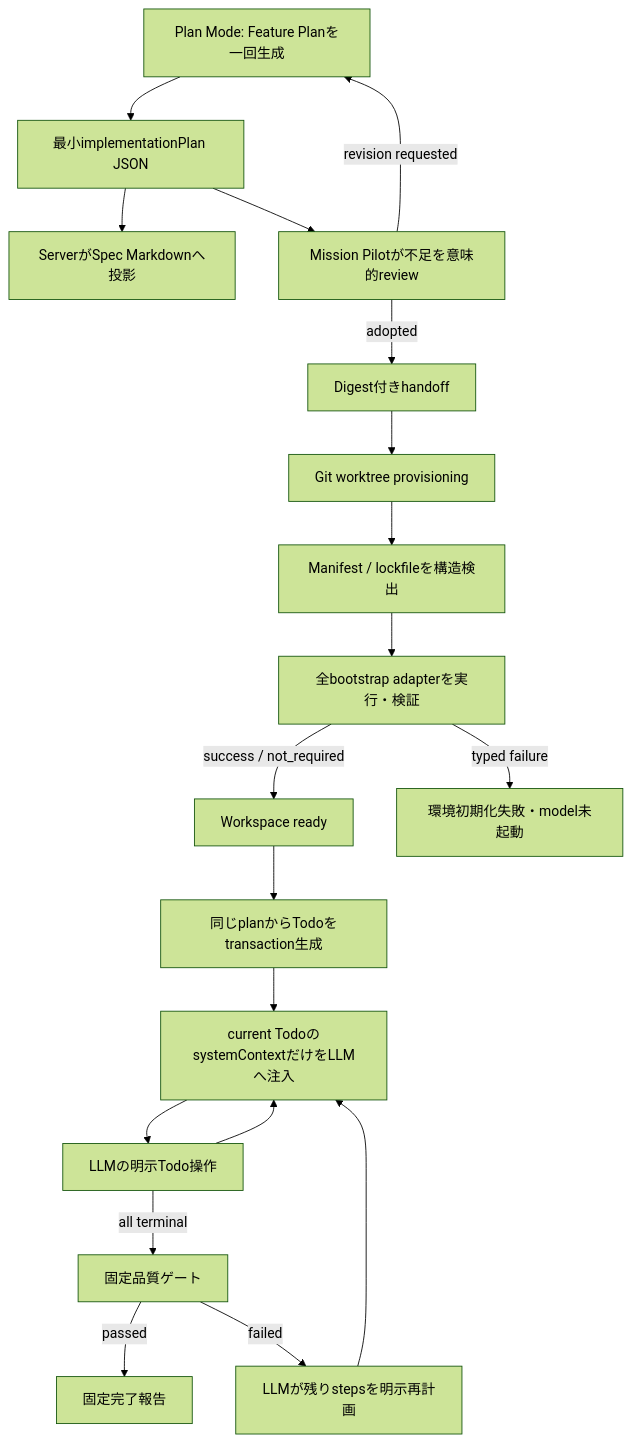
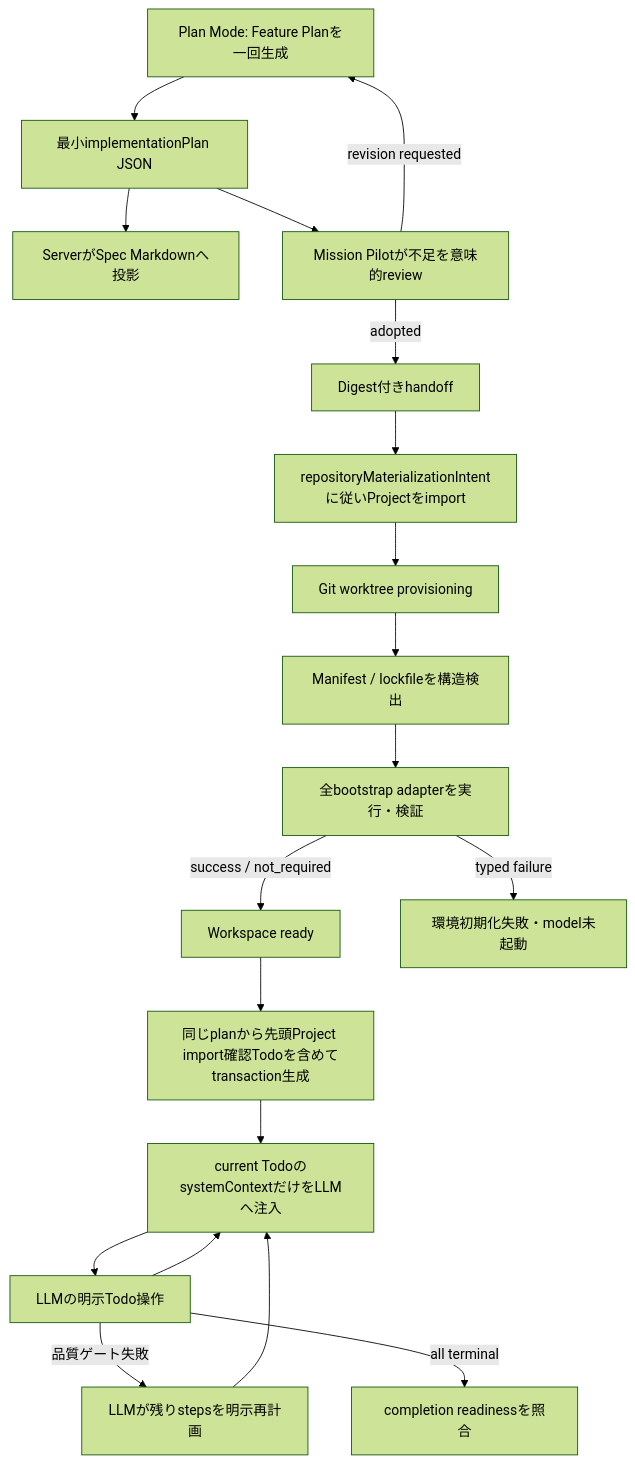
The diagram in spec/docs/minimal-implementation-todo-and-polyglot-worktree-bootstrap-plan.md (ugnoguchigxp/nightWorkers), drawn with Mermaid (forest theme) before and after one commit. The commit also changed other lines of this file and 47 other files, not shown here.

Commit message:
feat: strengthen implementation plan and review evidence flow

````diff
--- a/spec/docs/minimal-implementation-todo-and-polyglot-worktree-bootstrap-plan.md
+++ b/spec/docs/minimal-implementation-todo-and-polyglot-worktree-bootstrap-plan.md
@@ -401,21 +406,21 @@
 ```mermaid
 flowchart TD
     A["Plan Mode: Feature Planを一回生成"] --> B["最小implementationPlan JSON"]
     B --> C["ServerがSpec Markdownへ投影"]
     B --> D["Mission Pilotが不足を意味的review"]
     D -->|"adopted"| E["Digest付きhandoff"]
     D -->|"revision requested"| A
-    E --> F["Git worktree provisioning"]
+    E --> F0["repositoryMaterializationIntentに従いProjectをimport"]
+    F0 --> F["Git worktree provisioning"]
     F --> G["Manifest / lockfileを構造検出"]
     G --> H["全bootstrap adapterを実行・検証"]
     H -->|"success / not_required"| I["Workspace ready"]
     H -->|"typed failure"| J["環境初期化失敗・model未起動"]
-    I --> K["同じplanからTodoをtransaction生成"]
+    I --> K["同じplanから先頭Project import確認Todoを含めてtransaction生成"]
     K --> L["current TodoのsystemContextだけをLLMへ注入"]
     L --> M["LLMの明示Todo操作"]
     M --> L
-    M -->|"all terminal"| N["固定品質ゲート"]
-    N -->|"passed"| O["固定完了報告"]
-    N -->|"failed"| P["LLMが残りstepsを明示再計画"]
+    M -->|"品質ゲート失敗"| P["LLMが残りstepsを明示再計画"]
+    M -->|"all terminal"| O["completion readinessを照合"]
     P --> L
 ```
````
